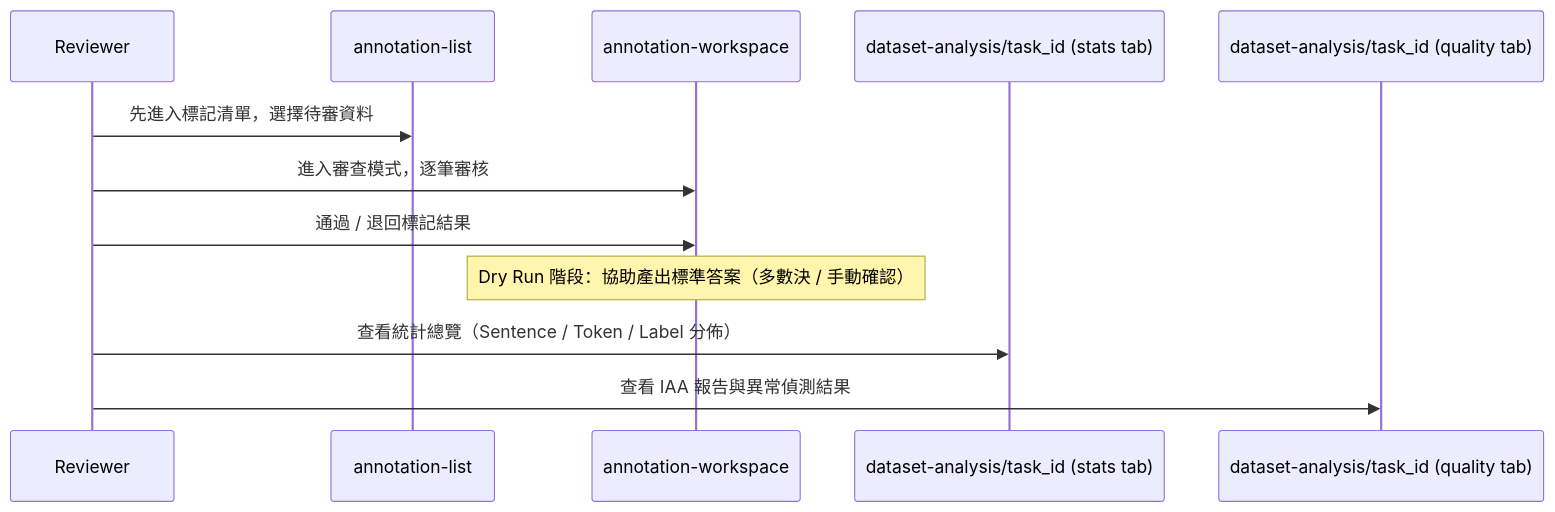
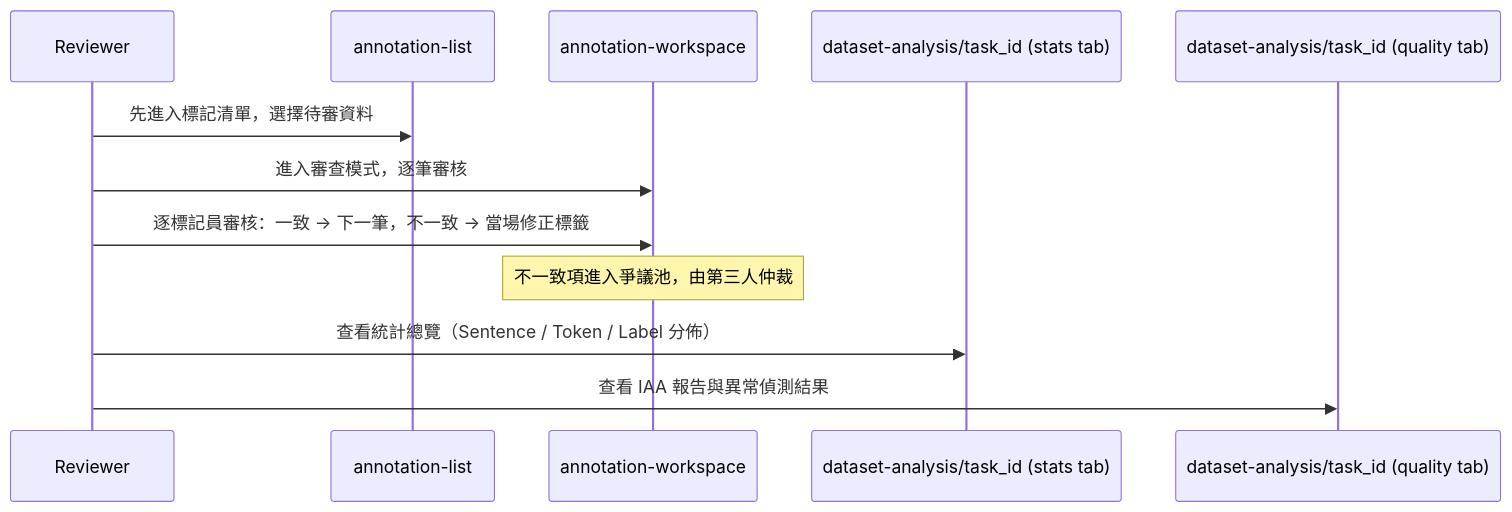
The fourth of 5 diagrams in docs/product/ia/information-architecture.md (singyichen/label-suite), drawn with Mermaid before and after one commit. The commit also changed other lines of this file and 4 other files, not shown here.

````diff
--- a/docs/product/ia/information-architecture.md
+++ b/docs/product/ia/information-architecture.md
@@ -579,15 +579,15 @@
 ```mermaid
 sequenceDiagram
   participant R as Reviewer
   participant AL as annotation-list
   participant AW as annotation-workspace
   participant DS as dataset-analysis/task_id (stats tab)
   participant DQ as dataset-analysis/task_id (quality tab)
 
   R->>AL: 先進入標記清單，選擇待審資料
   R->>AW: 進入審查模式，逐筆審核
-  R->>AW: 通過 / 退回標記結果
-  Note over AW: Dry Run 階段：協助產出標準答案（多數決 / 手動確認）
+  R->>AW: 逐標記員審核：一致 → 下一筆，不一致 → 當場修正標籤
+  Note over AW: 不一致項進入爭議池，由第三人仲裁
   R->>DS: 查看統計總覽（Sentence / Token / Label 分佈）
   R->>DQ: 查看 IAA 報告與異常偵測結果
 ```
````
